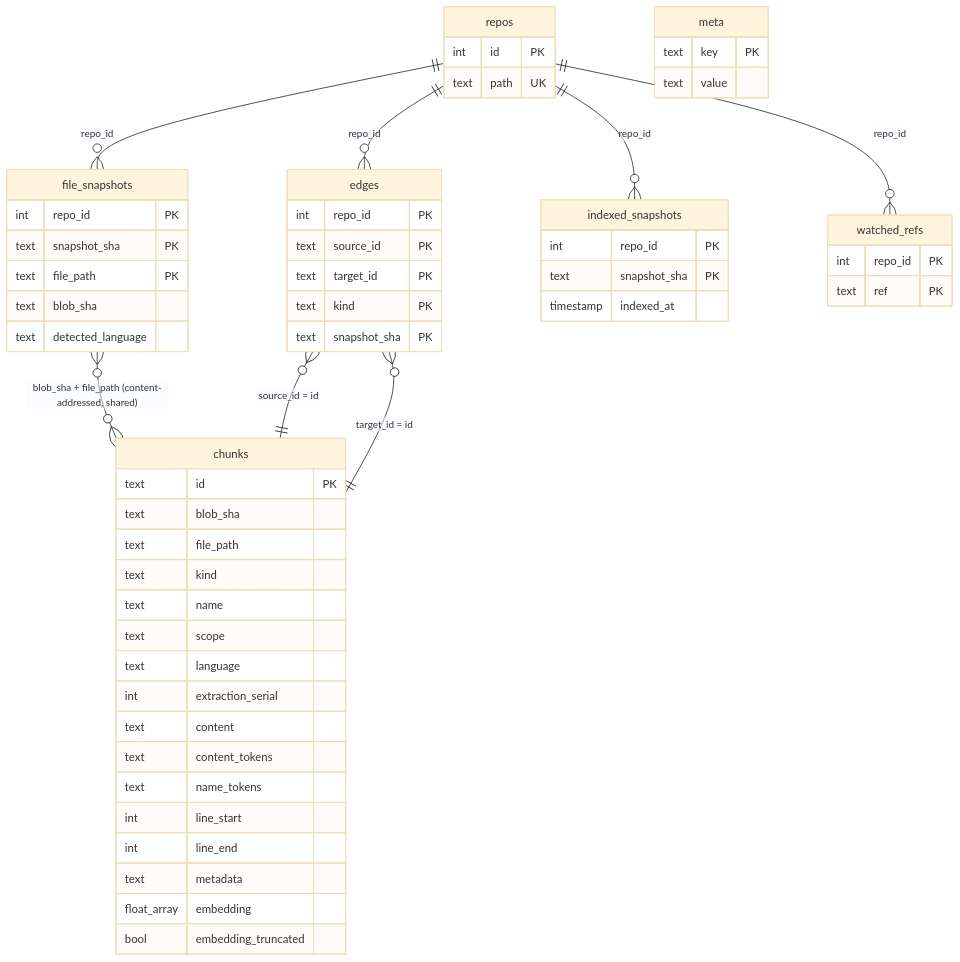
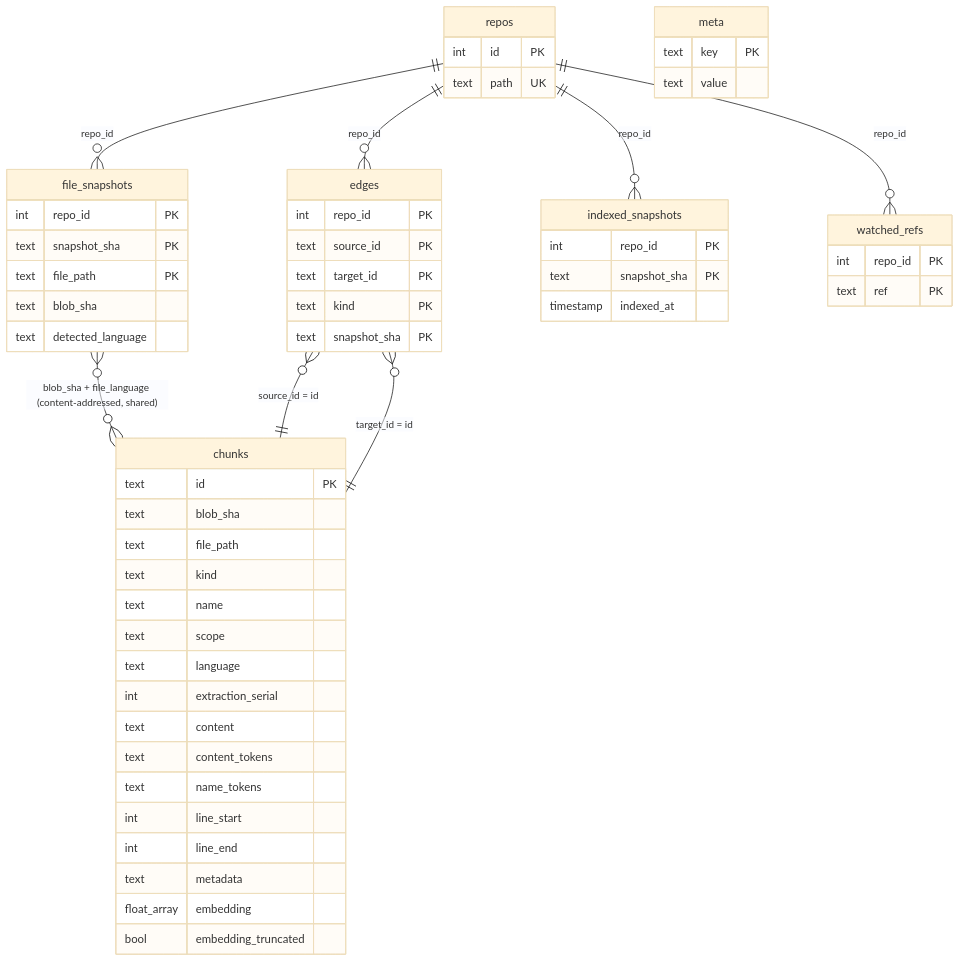
Before and after one commit to janrito/rbtr: the fourth of 5 diagrams in packages/rbtr/ARCHITECTURE.md, drawn with Mermaid (base theme). The commit also changed other lines of this file and 2 other files, not shown here.

````diff
--- a/packages/rbtr/ARCHITECTURE.md
+++ b/packages/rbtr/ARCHITECTURE.md
@@ -304,61 +306,61 @@
 ```mermaid
 erDiagram
     repos ||--o{ file_snapshots : "repo_id"
     repos ||--o{ edges : "repo_id"
     repos ||--o{ indexed_snapshots : "repo_id"
     repos ||--o{ watched_refs : "repo_id"
 
-    file_snapshots }o--o{ chunks : "blob_sha + file_path (content-addressed, shared)"
+    file_snapshots }o--o{ chunks : "blob_sha + file_language (content-addressed, shared)"
     edges }o--|| chunks : "source_id = id"
     edges }o--|| chunks : "target_id = id"
 
     repos {
         int id PK
         text path UK
     }
     file_snapshots {
         int repo_id PK
         text snapshot_sha PK
         text file_path PK
         text blob_sha
         text detected_language
     }
     chunks {
         text id PK
         text blob_sha
         text file_path
         text kind
         text name
         text scope
         text language
         int extraction_serial
         text content
         text content_tokens
         text name_tokens
         int line_start
         int line_end
         text metadata
         float_array embedding
         bool embedding_truncated
     }
     edges {
         int repo_id PK
         text source_id PK
         text target_id PK
         text kind PK
         text snapshot_sha PK
     }
     indexed_snapshots {
         int repo_id PK
         text snapshot_sha PK
         timestamp indexed_at
     }
     watched_refs {
         int repo_id PK
         text ref PK
     }
     meta {
         text key PK
         text value
     }
 ```
````
